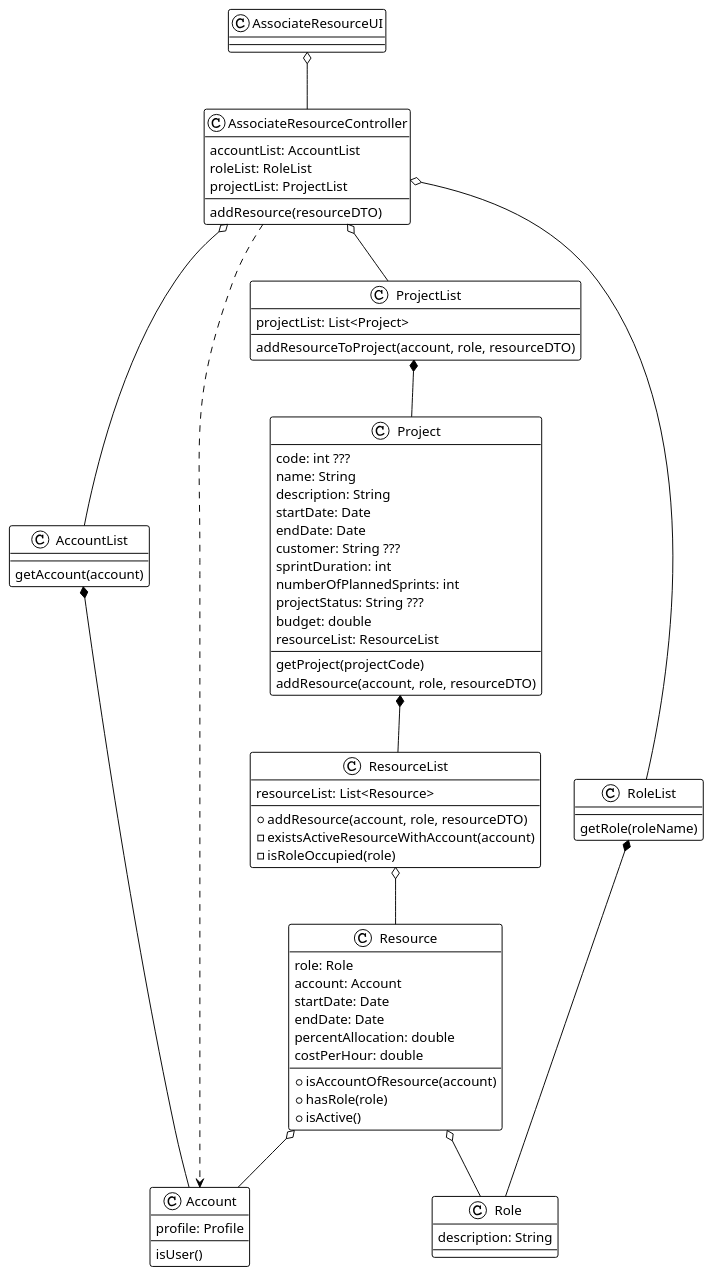
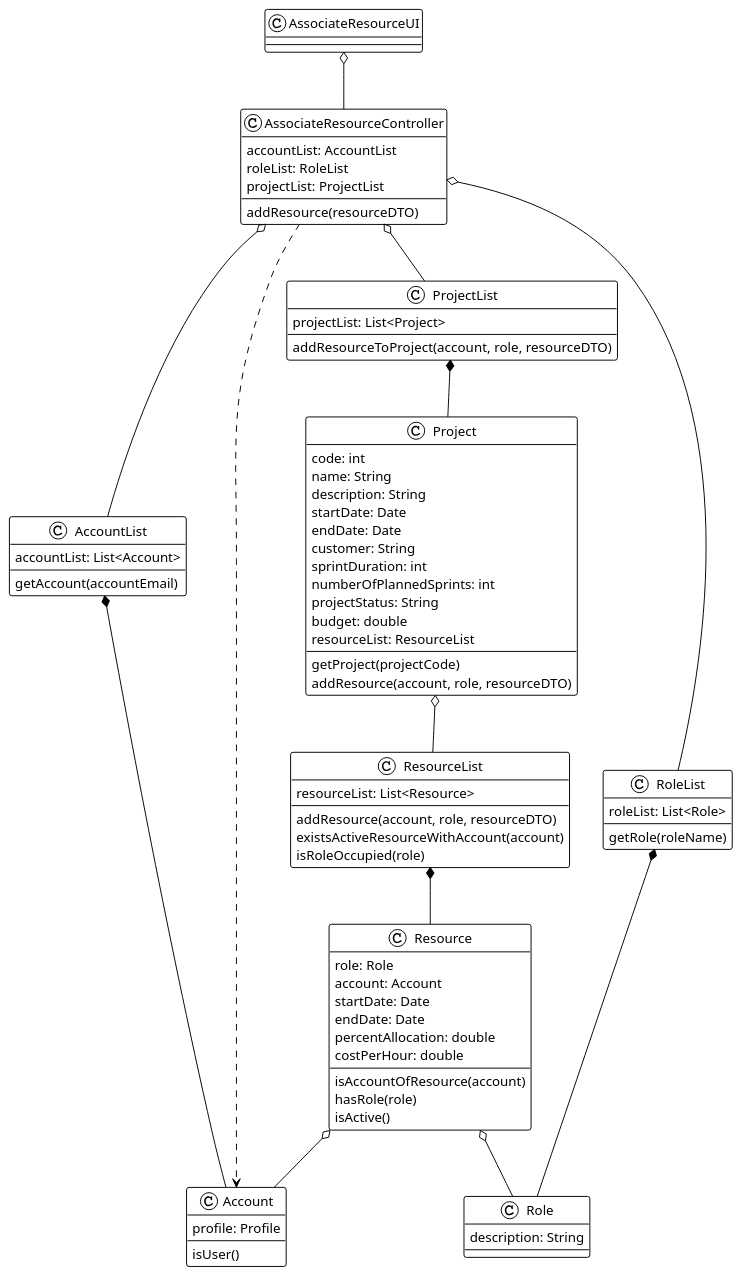
The diagram in docs/modelling_design/user_stories/us012/US012_DefinePOofProjectCD.puml (ivo-menezes/project_g3), drawn with PlantUML before and after one commit.

Commit message:
US012: Design: update class diagram

```diff
--- a/docs/modelling_design/user_stories/us012/US012_DefinePOofProjectCD.puml
+++ b/docs/modelling_design/user_stories/us012/US012_DefinePOofProjectCD.puml
@@ -1,83 +1,85 @@
 @startuml
 !theme plain
 
 class AssociateResourceUI {
 }
 
 class AssociateResourceController {
 accountList: AccountList
 roleList: RoleList
 projectList: ProjectList
 addResource(resourceDTO)
 }
 
 class AccountList {
-getAccount(account)
+accountList: List<Account>
+getAccount(accountEmail)
 }
 
 class Account {
 profile: Profile
 isUser()
 }
 
 class RoleList {
+roleList: List<Role>
 getRole(roleName)
 }
 
 class Role {
 description: String
 }
 
 class ProjectList {
 projectList: List<Project>
 addResourceToProject(account, role, resourceDTO)
 }
 
 class Project {
-code: int ???
+code: int
 name: String
 description: String
 startDate: Date
 endDate: Date
-customer: String ???
+customer: String
 sprintDuration: int
 numberOfPlannedSprints: int
-projectStatus: String ???
+projectStatus: String
 budget: double
 resourceList: ResourceList
 getProject(projectCode)
 addResource(account, role, resourceDTO)
 }
 
 class ResourceList {
 resourceList: List<Resource>
-+addResource(account, role, resourceDTO)
--existsActiveResourceWithAccount(account)
--isRoleOccupied(role)
+addResource(account, role, resourceDTO)
+existsActiveResourceWithAccount(account)
+isRoleOccupied(role)
 }
 
 class Resource {
 role: Role
 account: Account
 startDate: Date
 endDate: Date
 percentAllocation: double
 costPerHour: double
-+isAccountOfResource(account)
-+hasRole(role)
-+isActive()
+isAccountOfResource(account)
+hasRole(role)
+isActive()
 }
 
 AssociateResourceUI o-- AssociateResourceController
 AssociateResourceController o-- ProjectList
 ProjectList *-- Project
-Project *-- ResourceList
-ResourceList o-- Resource
+Project o-- ResourceList
+ResourceList *-- Resource
 AccountList *-- Account
 RoleList *-- Role
 AssociateResourceController o-- AccountList
 AssociateResourceController ..> Account
 AssociateResourceController o-- RoleList
 Resource o-- Account
 Resource o-- Role
 @enduml
```
